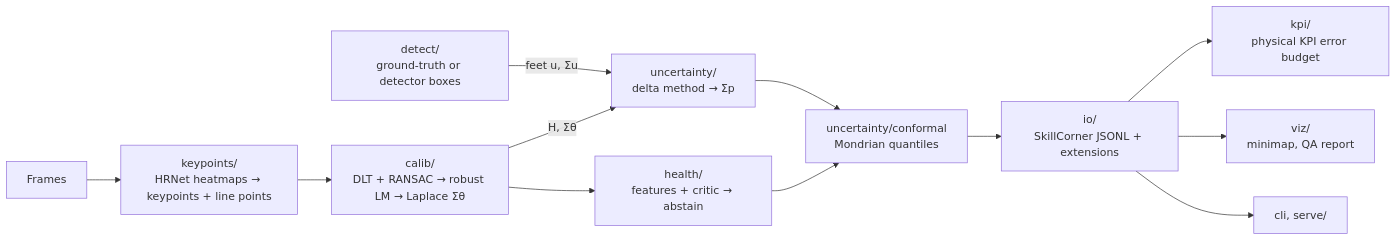
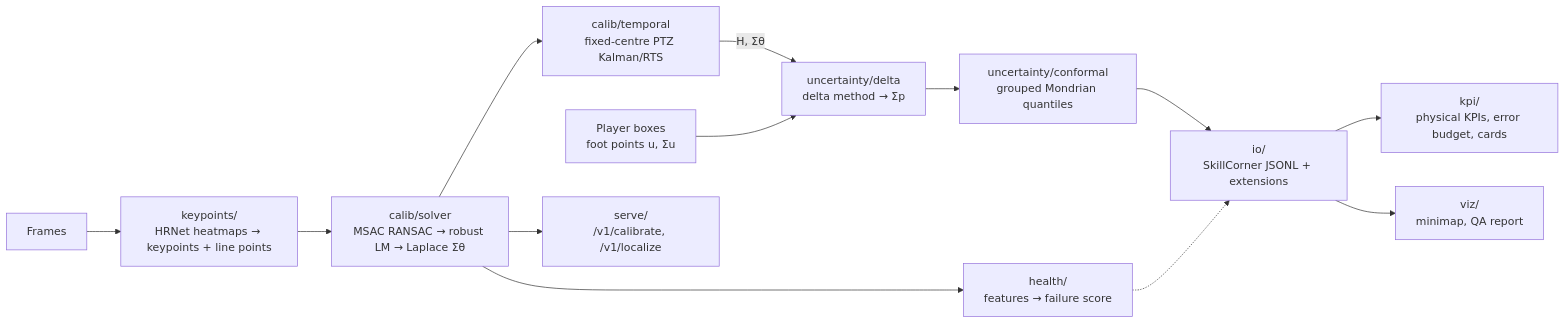
The diagram in ARCHITECTURE.md (zkyasin/predfoot), drawn with Mermaid before and after one commit. The commit also changed other lines of this file, not shown here.

First line of the commit message:
docs(architecture): the PTZ smoother, what runs where, evaluation scripts and run folders

````diff
--- a/ARCHITECTURE.md
+++ b/ARCHITECTURE.md
@@ -5,14 +5,15 @@
 ```mermaid
 flowchart LR
   V["Frames"] --> KP["keypoints/<br/>HRNet heatmaps → keypoints + line points"]
-  KP --> CAL["calib/<br/>DLT + RANSAC → robust LM → Laplace Σθ"]
-  DET["detect/<br/>ground-truth or detector boxes"] -- "feet u, Σu" --> UNC
-  CAL -- "H, Σθ" --> UNC["uncertainty/<br/>delta method → Σp"]
-  CAL --> HL["health/<br/>features + critic → abstain"]
-  UNC --> CF["uncertainty/conformal<br/>Mondrian quantiles"]
-  HL --> CF
+  KP --> CAL["calib/solver<br/>MSAC RANSAC → robust LM → Laplace Σθ"]
+  CAL --> TM["calib/temporal<br/>fixed-centre PTZ Kalman/RTS"]
+  TM -- "H, Σθ" --> UNC["uncertainty/delta<br/>delta method → Σp"]
+  BOX["Player boxes<br/>foot points u, Σu"] --> UNC
+  CAL --> HL["health/<br/>features → failure score"]
+  UNC --> CF["uncertainty/conformal<br/>grouped Mondrian quantiles"]
   CF --> IO["io/<br/>SkillCorner JSONL + extensions"]
-  IO --> KPI["kpi/<br/>physical KPI error budget"]
+  HL -.-> IO
+  IO --> KPI["kpi/<br/>physical KPIs, error budget, cards"]
   IO --> VZ["viz/<br/>minimap, QA report"]
-  IO --> SV["cli, serve/"]
+  CAL --> SV["serve/<br/>/v1/calibrate, /v1/localize"]
 ```
````
